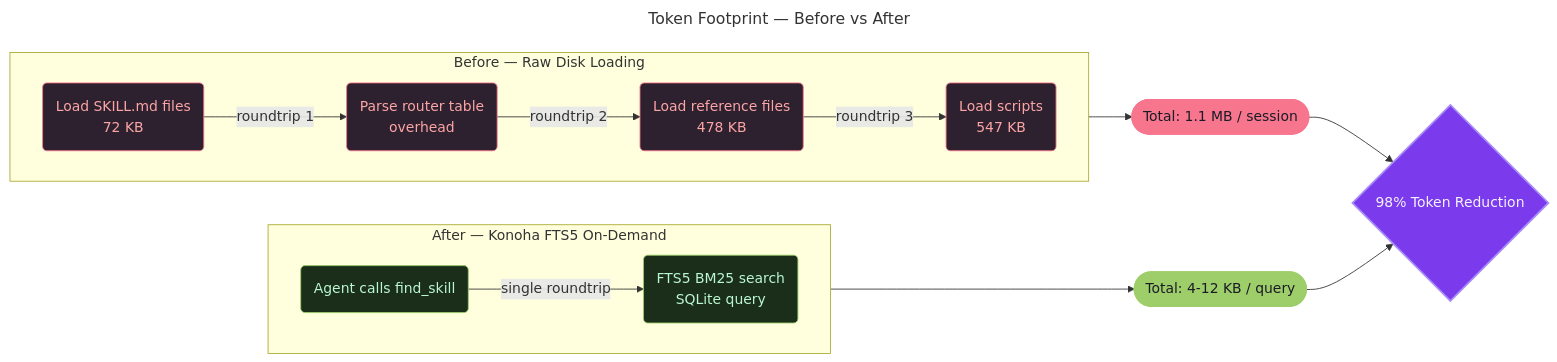
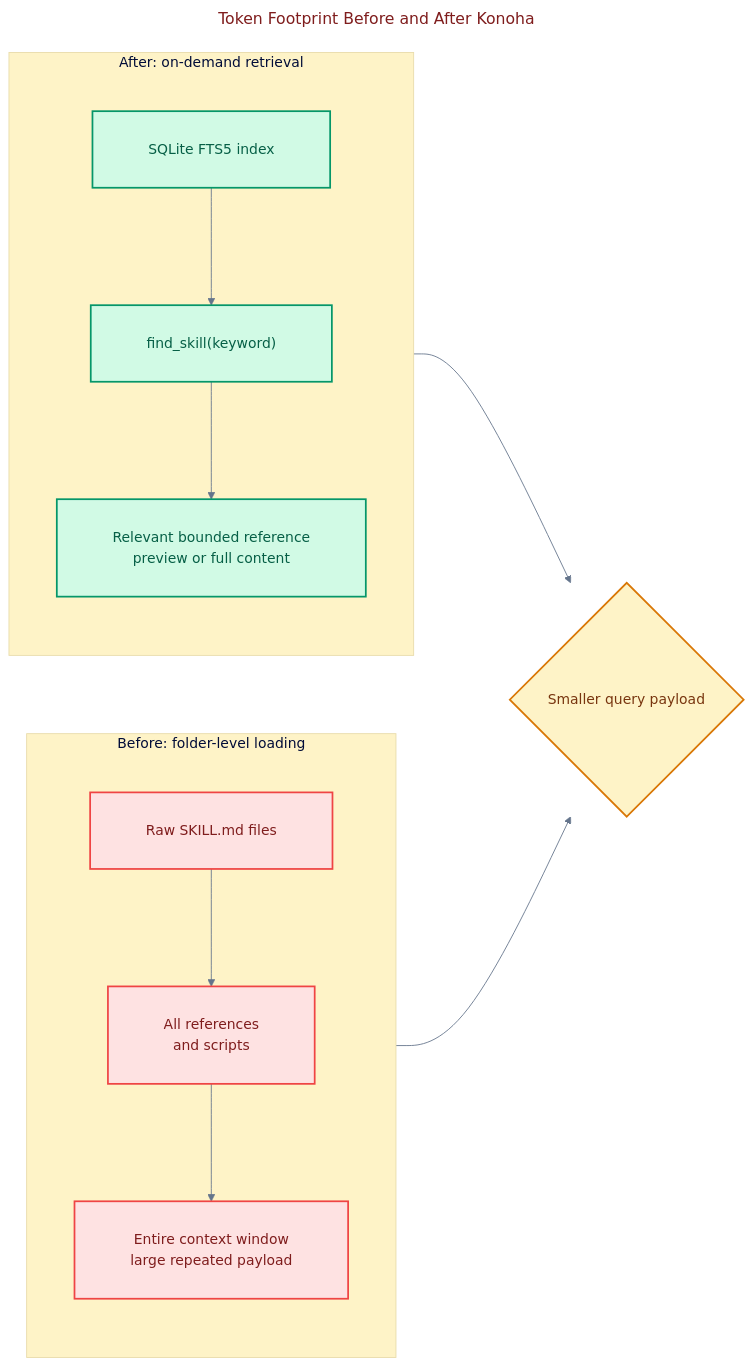
The second of 2 diagrams in README.md (andycungkrinx91/konoha), drawn with Mermaid before and after one commit. The commit also changed other lines of this file and 218 other files, not shown here.

````diff
--- a/README.md
+++ b/README.md
@@ -476,39 +526,41 @@
 ```mermaid
 ---
-title: Token Footprint — Before vs After
+title: Token Footprint Before and After Konoha
+config:
+  theme: base
+  themeVariables:
+    background: '#ffffff'
+    primaryColor: '#fee2e2'
+    primaryTextColor: '#7f1d1d'
+    primaryBorderColor: '#ef4444'
+    lineColor: '#64748b'
+    secondaryColor: '#d1fae5'
+    tertiaryColor: '#fef3c7'
+    fontFamily: 'Inter, ui-sans-serif, system-ui, sans-serif'
+  flowchart:
+    nodeSpacing: 90
+    rankSpacing: 110
+    padding: 32
+    wrappingWidth: 360
 ---
 flowchart LR
-    %% ── Style Definitions ──────────────────────────────────────
-    classDef stepBad fill:#2d202f,stroke:#f7768e,stroke-width:1px,color:#fca5a5;
-    classDef stepGood fill:#1a2e1a,stroke:#9ece6a,stroke-width:1px,color:#bbf7d0;
-    classDef metricBad fill:#f7768e,stroke:#f7768e,stroke-width:2px,color:#1a1b26;
-    classDef metricGood fill:#9ece6a,stroke:#9ece6a,stroke-width:2px,color:#1a1b26;
-    classDef verdict fill:#7c3aed,stroke:#a78bfa,stroke-width:2px,color:#f5f3ff;
+    subgraph Before["Before: folder-level loading"]
+        direction TB
+        Raw["Raw SKILL.md files"] --> References["All references<br/>and scripts"]
+        References --> FullContext["Entire context window<br/>large repeated payload"]
+    end
+    subgraph After["After: on-demand retrieval"]
+        direction TB
+        Index["SQLite FTS5 index"] --> Query["find_skill(keyword)"]
+        Query --> Relevant["Relevant bounded reference<br/>preview or full content"]
+    end
+    FullContext --> Compare{"Smaller query payload"}
+    Relevant --> Compare
 
-    %% ── Before Path (Wasteful) ─────────────────────────────────
-    subgraph BEFORE ["Before — Raw Disk Loading"]
-        direction LR
-        B1("Load SKILL.md files<br>72 KB") -->|"roundtrip 1"| B2("Parse router table<br>overhead")
-        B2 -->|"roundtrip 2"| B3("Load reference files<br>478 KB")
-        B3 -->|"roundtrip 3"| B4("Load scripts<br>547 KB")
-    end
-    B4 --> B_Total(["Total: 1.1 MB / session"])
-
-    %% ── After Path (Optimized) ─────────────────────────────────
-    subgraph AFTER ["After — Konoha FTS5 On-Demand"]
-        direction LR
-        A1("Agent calls find_skill") -->|"single roundtrip"| A2("FTS5 BM25 search<br>SQLite query")
-    end
-    A2 --> A_Total(["Total: 4-12 KB / query"])
-
-    %% ── Verdict ────────────────────────────────────────────────
-    B_Total --> Savings{"98% Token Reduction"}
-    A_Total --> Savings
-
-    %% ── Apply Styles ──────────────────────────────────────────
-    class B1,B2,B3,B4 stepBad
-    class B_Total metricBad
-    class A1,A2 stepGood
-    class A_Total metricGood
-    class Savings verdict
+    classDef waste fill:#fee2e2,stroke:#ef4444,color:#7f1d1d,stroke-width:2px
+    classDef optimized fill:#d1fae5,stroke:#059669,color:#065f46,stroke-width:2px
+    classDef decision fill:#fef3c7,stroke:#d97706,color:#78350f,stroke-width:2px
+    class Raw,References,FullContext waste
+    class Index,Query,Relevant optimized
+    class Compare decision
 ```
````
